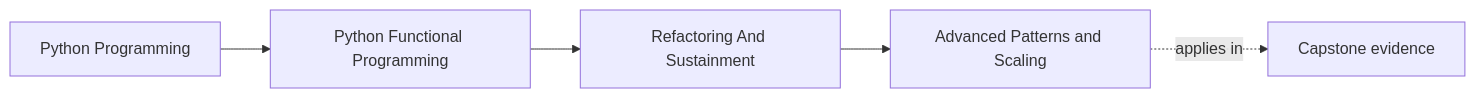
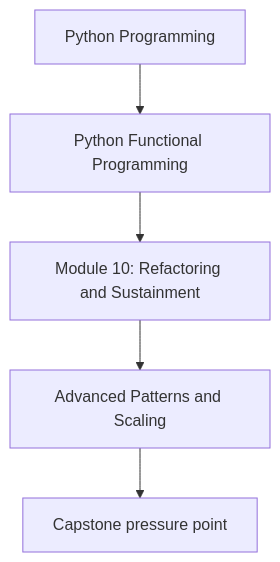
One commit to bijux/bijux-masterclass changed the first of 2 diagrams in programs/python-programming/python-functional-programming/course-book/module-10-refactoring-and-sustainment/advanced-patterns-and-scaling.md. Above: the diagram before and after it, drawn with Mermaid. The commit also changed other lines of this file and 118 other files, not shown here.

Commit message:
docs(python-functional-programming): align concept page diagrams

````diff
--- a/programs/python-programming/python-functional-programming/course-book/module-10-refactoring-and-sustainment/advanced-patterns-and-scaling.md
+++ b/programs/python-programming/python-functional-programming/course-book/module-10-refactoring-and-sustainment/advanced-patterns-and-scaling.md
@@ -7,11 +7,7 @@
 ```mermaid
-graph LR
-  family["Python Programming"]
-  program["Python Functional Programming"]
-  section["Refactoring And Sustainment"]
-  page["Advanced Patterns and Scaling"]
-  capstone["Capstone evidence"]
-
-  family --> program --> section --> page
-  page -.applies in.-> capstone
+flowchart TD
+  family["Python Programming"] --> program["Python Functional Programming"]
+  program --> module["Module 10: Refactoring and Sustainment"]
+  module --> concept["Advanced Patterns and Scaling"]
+  concept --> capstone["Capstone pressure point"]
 ```
````
